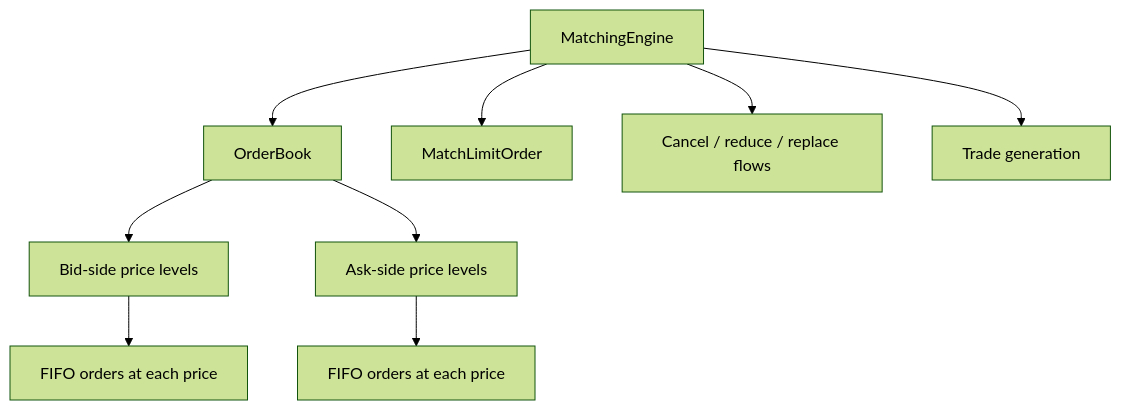
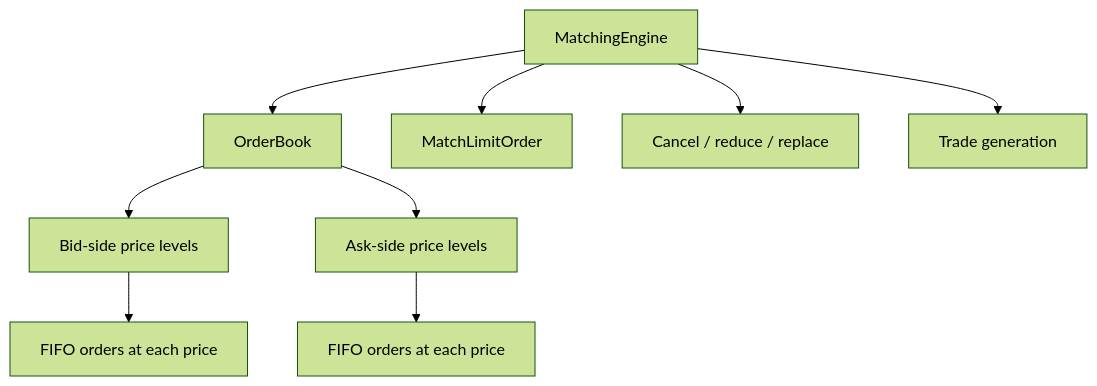
Before and after one commit to dong-quan-tran/Bookforge: the third of 4 diagrams in docs/ARCHITECTURE.md, drawn with Mermaid (forest theme). The commit also changed other lines of this file, not shown here.

Commit message:
Align architecture docs with replay implementation

````diff
--- a/docs/ARCHITECTURE.md
+++ b/docs/ARCHITECTURE.md
@@ -66,11 +72,11 @@
 ```mermaid
 flowchart TD
     A[MatchingEngine] --> B[OrderBook]
     B --> C[Bid-side price levels]
     B --> D[Ask-side price levels]
     C --> E[FIFO orders at each price]
     D --> F[FIFO orders at each price]
     A --> G[MatchLimitOrder]
-    A --> H[Cancel / reduce / replace flows]
+    A --> H[Cancel / reduce / replace]
     A --> I[Trade generation]
 ```
````
